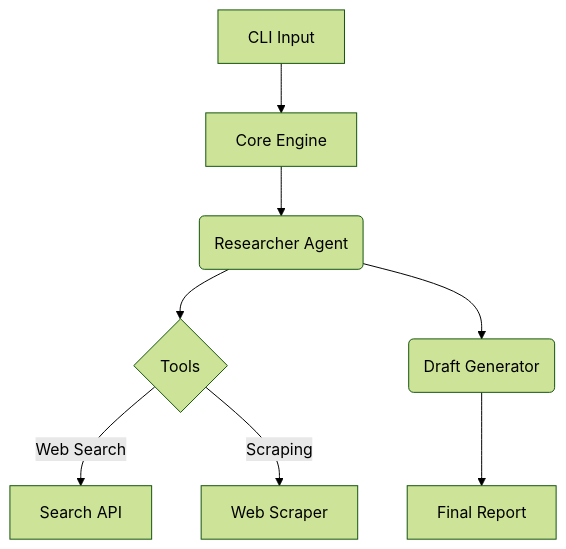
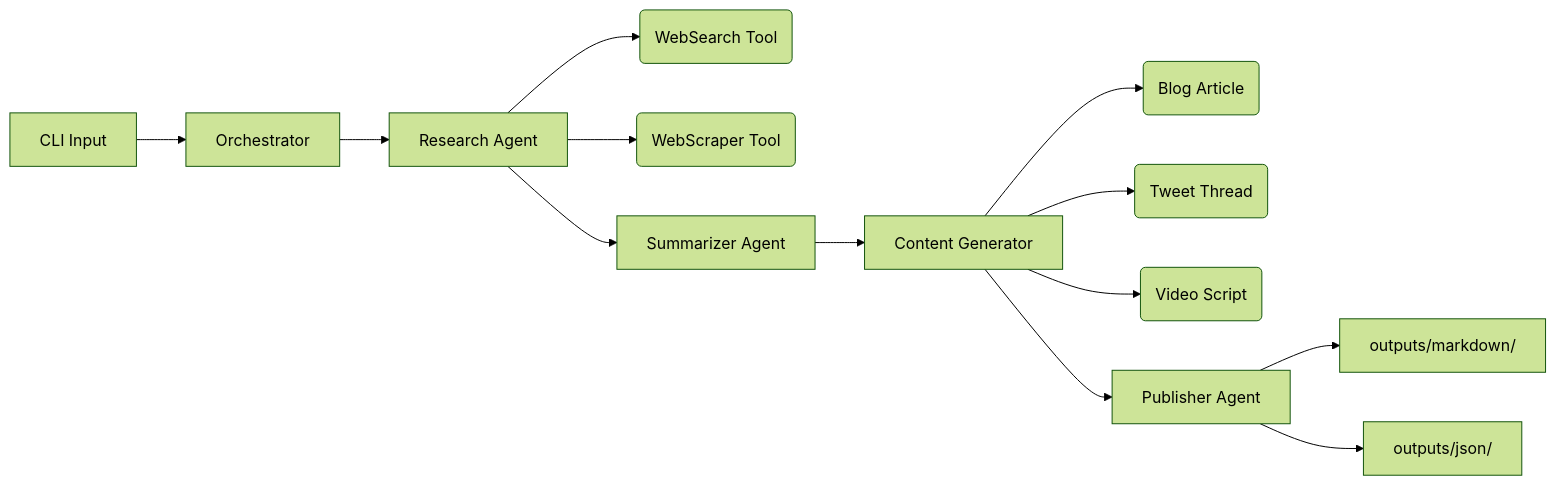
One commit to shenald-dev/autoresearch-agent changed the diagram in README.md. Above: the diagram before and after it, drawn with Mermaid (forest theme). The commit also changed other lines of this file and 17 other files, not shown here.

Commit message:
feat: AutoResearch v2.0 — modular agent pipeline, OpenRouter, tests, comprehensive docs 🧠

````diff
--- a/README.md
+++ b/README.md
@@ -12,10 +48,15 @@
 ```mermaid
-graph TD
-    A[CLI Input] --> B[Core Engine]
-    B --> C(Researcher Agent)
-    C --> D{Tools}
-    D -->|Web Search| E[Search API]
-    D -->|Scraping| F[Web Scraper]
-    C --> G(Draft Generator)
-    G --> H[Final Report]
+graph LR
+    A[CLI Input] --> B[Orchestrator]
+    B --> C[Research Agent]
+    C --> D(WebSearch Tool)
+    C --> E(WebScraper Tool)
+    C --> F[Summarizer Agent]
+    F --> G[Content Generator]
+    G --> H(Blog Article)
+    G --> I(Tweet Thread)
+    G --> J(Video Script)
+    G --> K[Publisher Agent]
+    K --> L[outputs/markdown/]
+    K --> M[outputs/json/]
 ```
````
